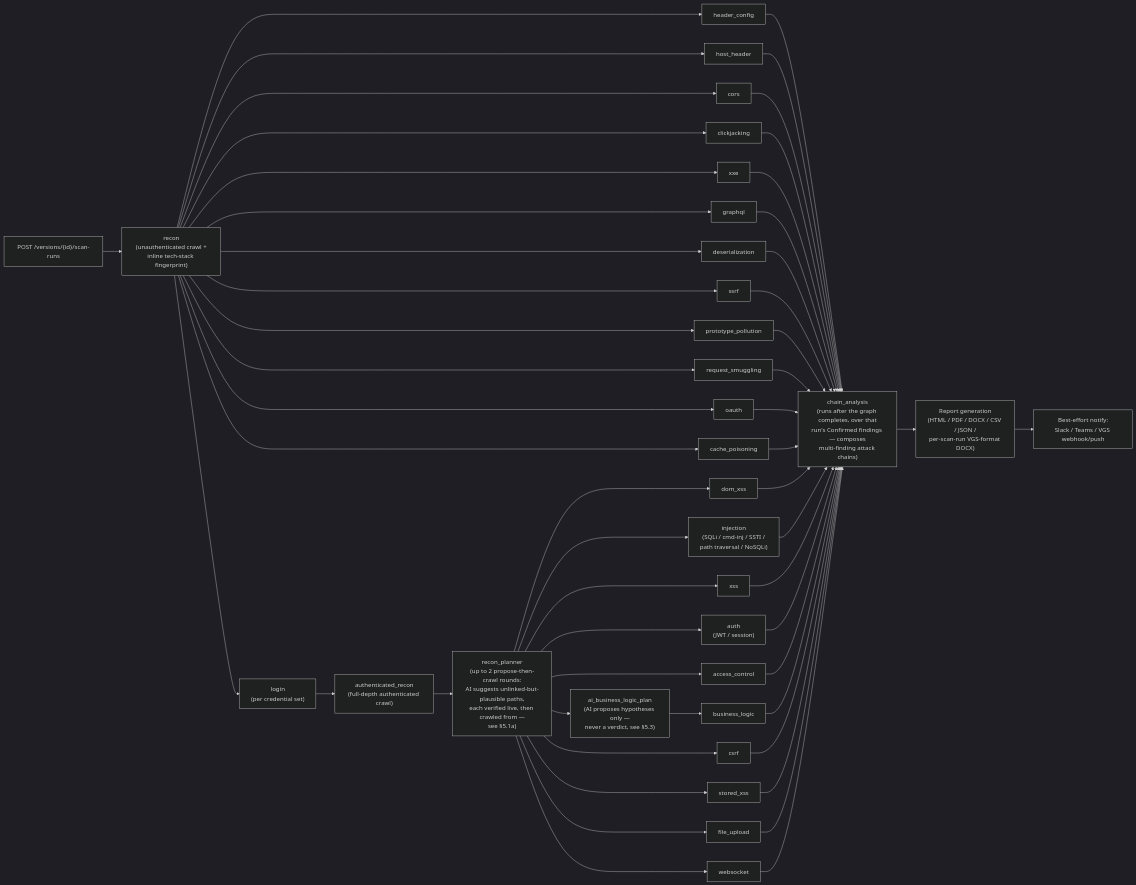
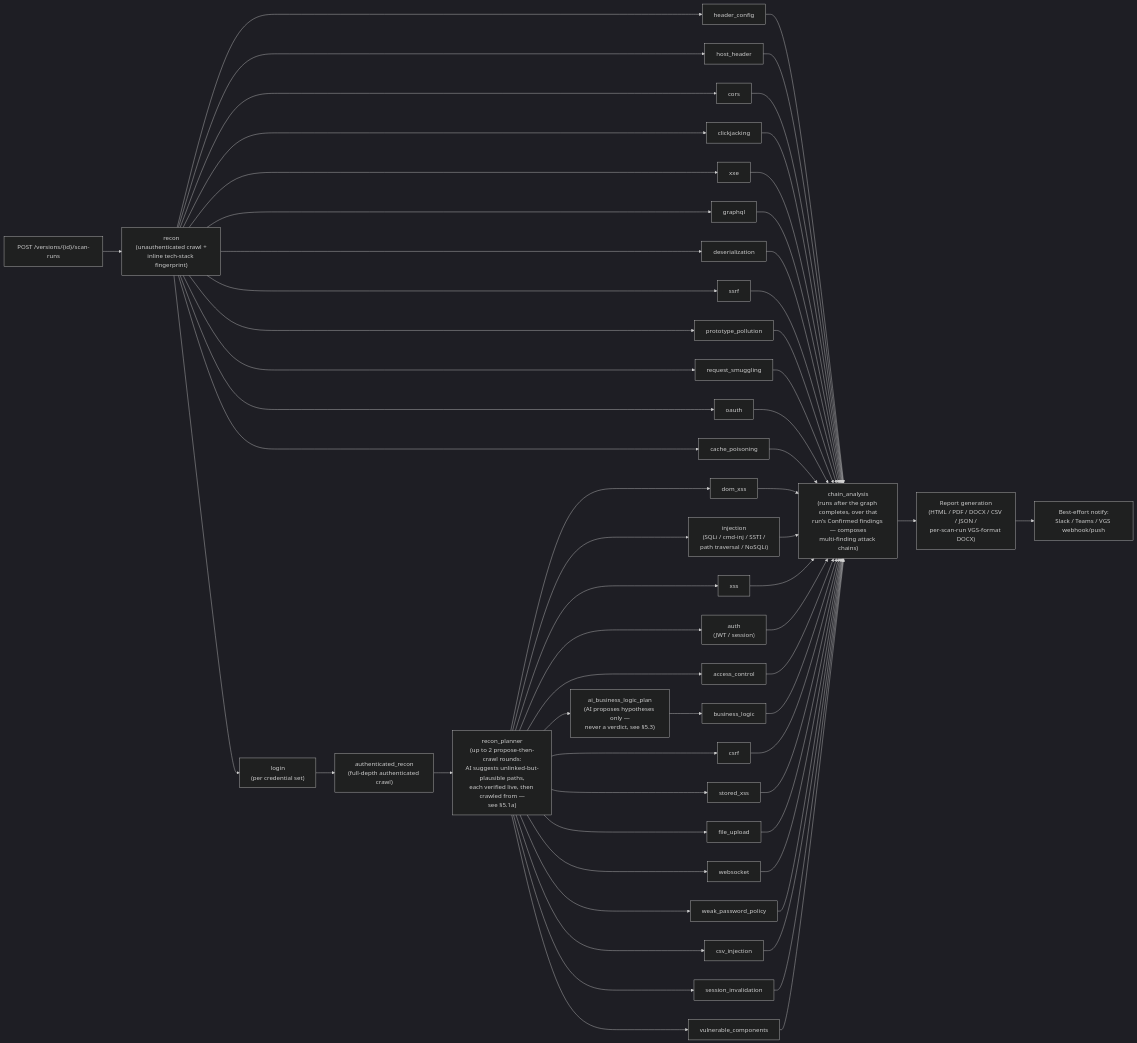
One commit to mudigondabhanu85/verdikt changed the third of 6 diagrams in docs/architecture-overview/Verdikt_Architecture_Document.md. Above: the diagram before and after it, drawn with Mermaid (dark theme). The commit also changed other lines of this file and 13 other files, not shown here.

````diff
--- a/docs/architecture-overview/Verdikt_Architecture_Document.md
+++ b/docs/architecture-overview/Verdikt_Architecture_Document.md
@@ -259,34 +264,38 @@
 ```mermaid
 flowchart LR
     A["POST /versions/{id}/scan-runs"] --> B["recon<br/>(unauthenticated crawl +<br/>inline tech-stack fingerprint)"]
     B --> U1["header_config"]
     B --> U2["host_header"]
     B --> U3["cors"]
     B --> U4["clickjacking"]
     B --> U5["xxe"]
     B --> U6["graphql"]
     B --> U7["deserialization"]
     B --> U8["ssrf"]
     B --> U9["prototype_pollution"]
     B --> U10["request_smuggling"]
     B --> U11["oauth"]
     B --> U12["cache_poisoning"]
     B --> L["login<br/>(per credential set)"]
     L --> E["authenticated_recon<br/>(full-depth authenticated crawl)"]
     E --> P["recon_planner<br/>(up to 2 propose-then-crawl rounds:<br/>AI suggests unlinked-but-plausible paths,<br/>each verified live, then crawled from —<br/>see §5.1a)"]
     P --> A1["dom_xss"]
     P --> A2["injection<br/>(SQLi / cmd-inj / SSTI /<br/>path traversal / NoSQLi)"]
     P --> A3["xss"]
     P --> A4["auth<br/>(JWT / session)"]
     P --> A5["access_control"]
     P --> BP["ai_business_logic_plan<br/>(AI proposes hypotheses only —<br/>never a verdict, see §5.3)"]
     BP --> A6["business_logic"]
     P --> A7["csrf"]
     P --> A8["stored_xss"]
     P --> A9["file_upload"]
     P --> A10["websocket"]
+    P --> A11["weak_password_policy"]
+    P --> A12["csv_injection"]
+    P --> A13["session_invalidation"]
+    P --> A14["vulnerable_components"]
     U1 & U2 & U3 & U4 & U5 & U6 & U7 & U8 & U9 & U10 & U11 & U12 --> G
-    A1 & A2 & A3 & A4 & A5 & A6 & A7 & A8 & A9 & A10 --> G["chain_analysis<br/>(runs after the graph completes, over that<br/>run's Confirmed findings — composes<br/>multi-finding attack chains)"]
+    A1 & A2 & A3 & A4 & A5 & A6 & A7 & A8 & A9 & A10 & A11 & A12 & A13 & A14 --> G["chain_analysis<br/>(runs after the graph completes, over that<br/>run's Confirmed findings — composes<br/>multi-finding attack chains)"]
     G --> H["Report generation<br/>(HTML / PDF / DOCX / CSV / JSON /<br/>per-scan-run VGS-format DOCX)"]
     H --> I["Best-effort notify:<br/>Slack / Teams / VGS webhook/push"]
 ```
````
